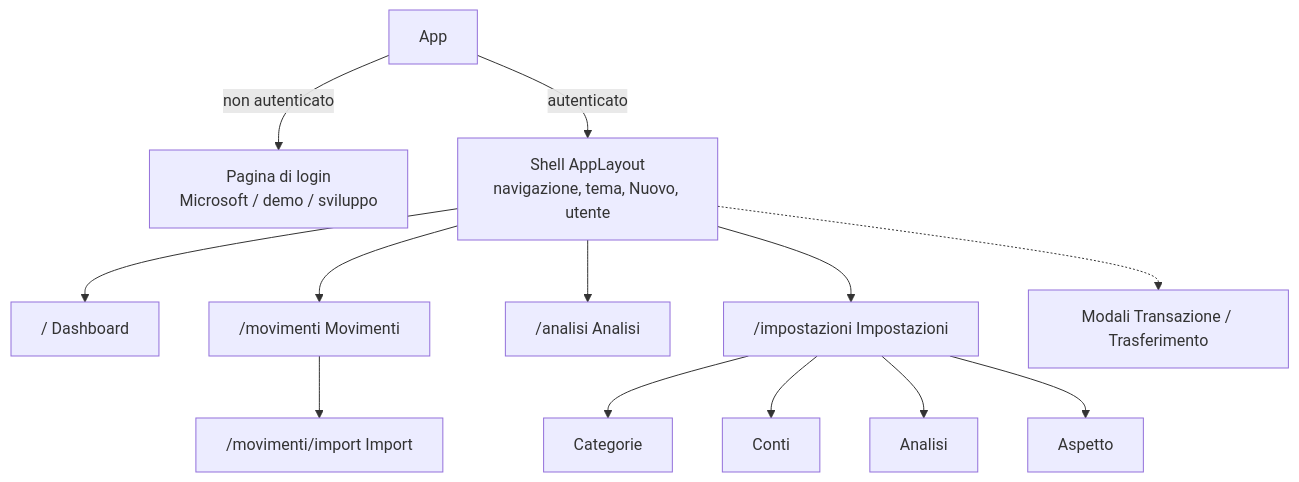
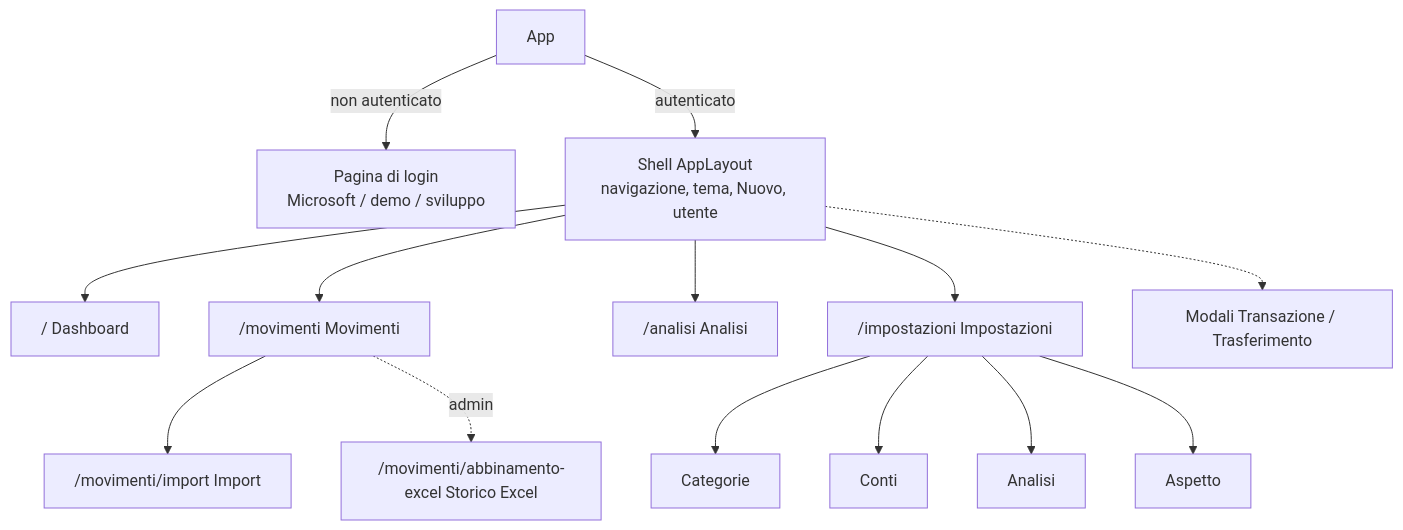
The diagram in docs/03-frontend.md (roberto-desalvo/ExpenseTracker.App), drawn with Mermaid before and after one commit. The commit also changed other lines of this file and 56 other files, not shown here.

````diff
--- a/docs/03-frontend.md
+++ b/docs/03-frontend.md
@@ -7,15 +7,16 @@
 ```mermaid
 flowchart TD
     app[App] -->|non autenticato| login[Pagina di login<br/>Microsoft / demo / sviluppo]
     app -->|autenticato| shell[Shell AppLayout<br/>navigazione, tema, Nuovo, utente]
     shell --> dash["/ Dashboard"]
     shell --> mov["/movimenti Movimenti"]
     mov --> movimp["/movimenti/import Import"]
+    mov -.->|admin| movxls["/movimenti/abbinamento-excel Storico Excel"]
     shell --> ana["/analisi Analisi"]
     shell --> imp["/impostazioni Impostazioni"]
     imp --> cat[Categorie]
     imp --> conti[Conti]
     imp --> impana[Analisi]
     imp --> asp[Aspetto]
     shell -.-> modali[Modali Transazione / Trasferimento]
 ```
````
